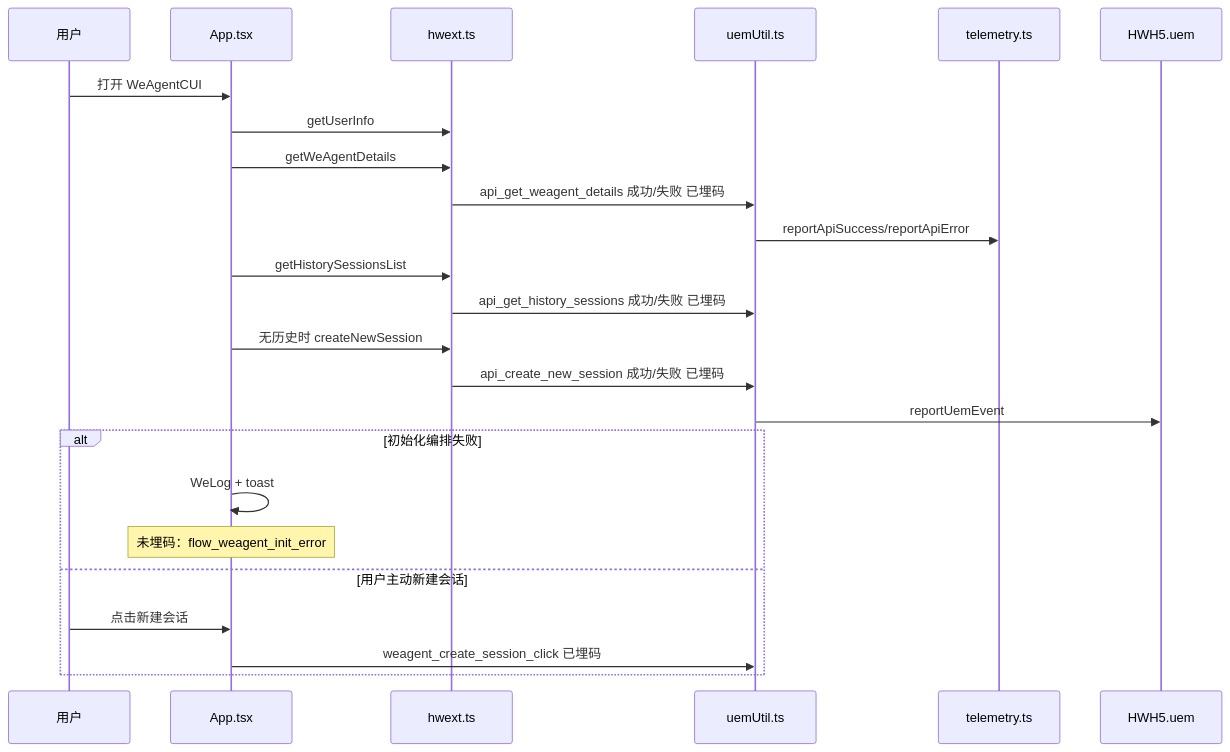
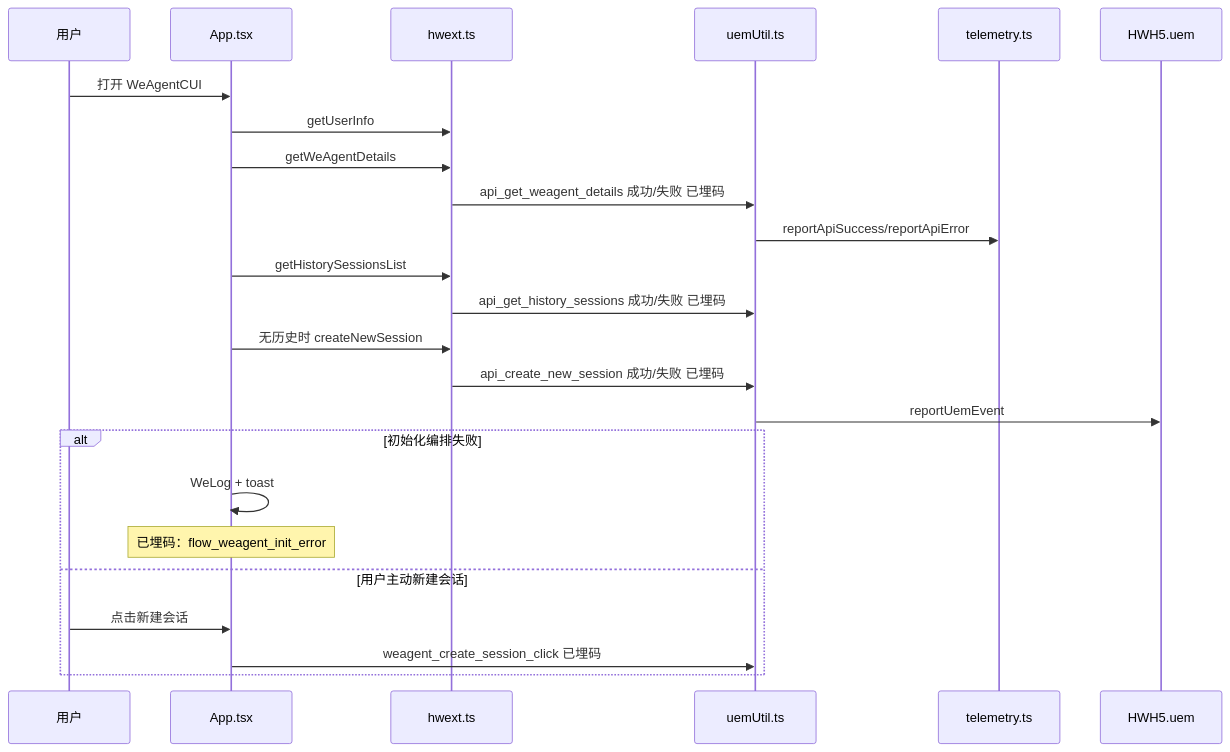
Before and after one commit to Abelsjcheng/skillSDK: the second of 5 diagrams in ai-chat-viewer/docs/plans/2026-06-11-ai-chat-viewer-telemetry-inventory-plan.md, drawn with Mermaid. The commit also changed other lines of this file and 12 other files, not shown here.

Commit message:
feat: add core flow error telemetry

````diff
--- a/ai-chat-viewer/docs/plans/2026-06-11-ai-chat-viewer-telemetry-inventory-plan.md
+++ b/ai-chat-viewer/docs/plans/2026-06-11-ai-chat-viewer-telemetry-inventory-plan.md
@@ -70,27 +70,27 @@
 ```mermaid
 sequenceDiagram
     participant User as 用户
     participant App as App.tsx
     participant SDK as hwext.ts
     participant Uem as uemUtil.ts
     participant Telemetry as telemetry.ts
     participant Host as HWH5.uem
 
     User->>App: 打开 WeAgentCUI
     App->>SDK: getUserInfo
     App->>SDK: getWeAgentDetails
     SDK->>Uem: api_get_weagent_details 成功/失败 已埋码
     Uem->>Telemetry: reportApiSuccess/reportApiError
     App->>SDK: getHistorySessionsList
     SDK->>Uem: api_get_history_sessions 成功/失败 已埋码
     App->>SDK: 无历史时 createNewSession
     SDK->>Uem: api_create_new_session 成功/失败 已埋码
     Uem->>Host: reportUemEvent
     alt 初始化编排失败
         App->>App: WeLog + toast
-        Note over App: 未埋码：flow_weagent_init_error
+        Note over App: 已埋码：flow_weagent_init_error
     else 用户主动新建会话
         User->>App: 点击新建会话
         App->>Uem: weagent_create_session_click 已埋码
     end
 ```
````
